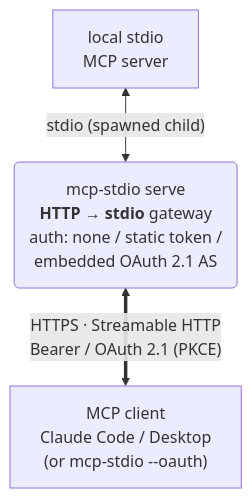
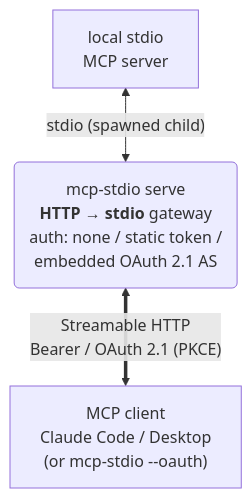
The second of 2 diagrams in README.md (shigechika/mcp-stdio), drawn with Mermaid before and after one commit. The commit also changed 1 other file, not shown here.

Commit message:
docs: don't label the serve hop HTTPS (gateway speaks HTTP; TLS is at the proxy)
The serve gateway binds HTTP; TLS termination is a fronting-proxy concern (and
local loopback is plain http). Name the transport (Streamable HTTP) without
overstating the scheme; the TLS-proxy guidance stays in the section prose.

````diff
--- a/README.md
+++ b/README.md
@@ -230,8 +230,8 @@
 ```mermaid
 flowchart BT
     A["MCP client<br>Claude Code / Desktop<br>(or mcp-stdio --oauth)"]
     B("mcp-stdio serve<br><b>HTTP → stdio</b> gateway<br>auth: none / static token /<br>embedded OAuth 2.1 AS")
     C["local stdio<br>MCP server"]
-    A <== "HTTPS · Streamable HTTP<br>Bearer / OAuth 2.1 (PKCE)" ==> B
+    A <== "Streamable HTTP<br>Bearer / OAuth 2.1 (PKCE)" ==> B
     B <-- "stdio (spawned child)" --> C
 ```
````
